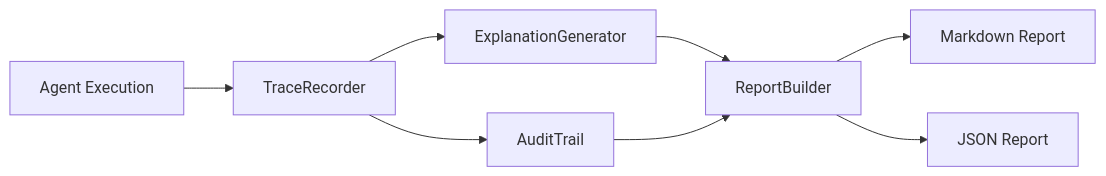
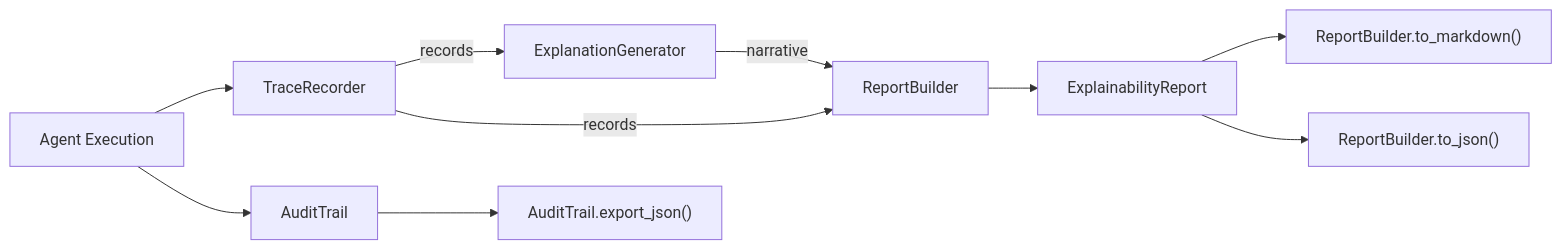
The diagram in docs/explainability.md (fireflyframework/fireflyframework-agentic), drawn with Mermaid before and after one commit. The commit also changed other lines of this file and 20 other files, not shown here.

````diff
--- a/docs/explainability.md
+++ b/docs/explainability.md
@@ -12,10 +29,12 @@
 ```mermaid
 flowchart LR
     AGENT[Agent Execution] --> TR[TraceRecorder]
-    TR --> EG[ExplanationGenerator]
-    TR --> AT[AuditTrail]
-    EG --> RB[ReportBuilder]
-    AT --> RB
-    RB --> MD[Markdown Report]
-    RB --> JSON[JSON Report]
+    TR -->|records| EG[ExplanationGenerator]
+    TR -->|records| RB[ReportBuilder]
+    EG -->|narrative| RB
+    RB --> REPORT[ExplainabilityReport]
+    REPORT --> MD["ReportBuilder.to_markdown()"]
+    REPORT --> JSON["ReportBuilder.to_json()"]
+    AGENT --> AT[AuditTrail]
+    AT --> AJSON["AuditTrail.export_json()"]
 ```
````
